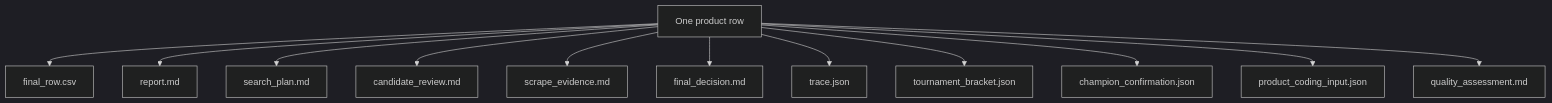
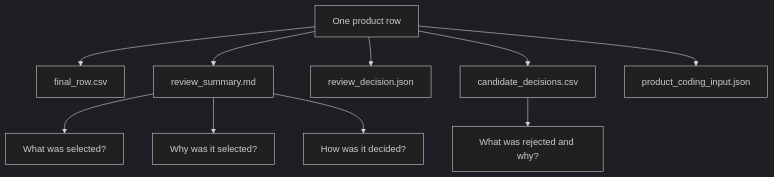
Before and after one commit to Akilankm/web_search_tool: the second of 5 diagrams in docs/ARTIFACT_GUIDE.md, drawn with Mermaid (dark theme). The commit also changed other lines of this file, not shown here.

Commit message:
Update artifact guide for concise review packet

````diff
--- a/docs/ARTIFACT_GUIDE.md
+++ b/docs/ARTIFACT_GUIDE.md
@@ -33,14 +38,13 @@
 ```mermaid
 flowchart TD
     A[One product row] --> B[final_row.csv]
-    A --> C[report.md]
-    A --> D[search_plan.md]
-    A --> E[candidate_review.md]
-    A --> F[scrape_evidence.md]
-    A --> G[final_decision.md]
-    A --> H[trace.json]
-    A --> I[tournament_bracket.json]
-    A --> J[champion_confirmation.json]
-    A --> K[product_coding_input.json]
-    A --> L[quality_assessment.md]
+    A --> C[review_summary.md]
+    A --> D[review_decision.json]
+    A --> E[candidate_decisions.csv]
+    A --> F[product_coding_input.json]
+
+    C --> G[What was selected?]
+    C --> H[Why was it selected?]
+    C --> I[How was it decided?]
+    E --> J[What was rejected and why?]
 ```
````
